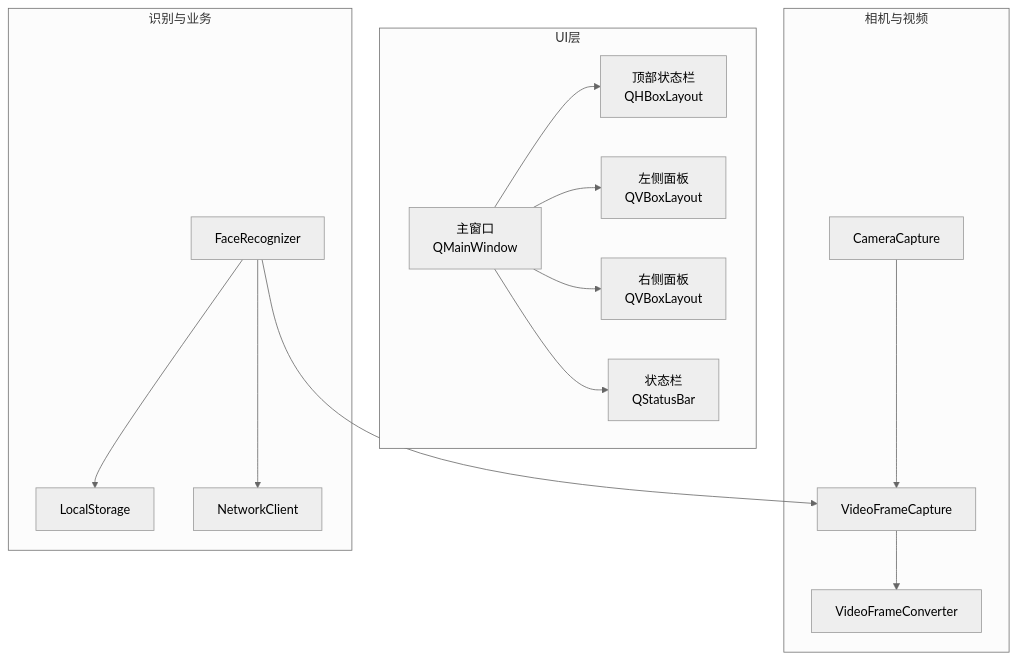
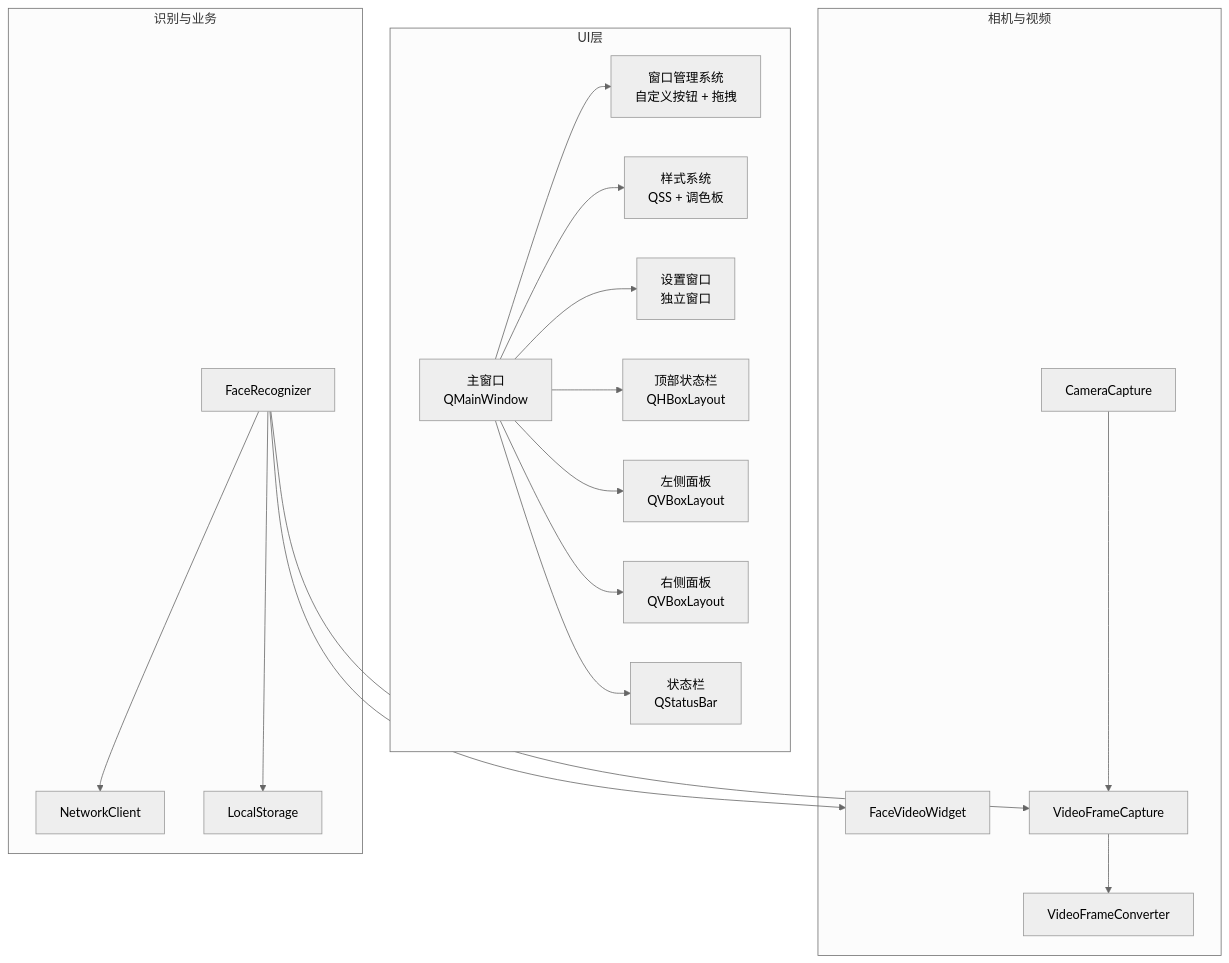
Before and after one commit to HeQiTZD/Triple-terminal-Attendance-Punching-System: the second of 10 diagrams in .qoder/repowiki/zh/content/用户界面设计/用户界面设计.md, drawn with Mermaid (neutral theme). The commit also changed other lines of this file and 70 other files, not shown here.

````diff
--- a/.qoder/repowiki/zh/content/用户界面设计/用户界面设计.md
+++ b/.qoder/repowiki/zh/content/用户界面设计/用户界面设计.md
@@ -111,29 +153,37 @@
 ```mermaid
 graph TB
 subgraph "UI层"
 MW["主窗口<br/>QMainWindow"]
+WM["窗口管理系统<br/>自定义按钮 + 拖拽"]
+SS["样式系统<br/>QSS + 调色板"]
+SW["设置窗口<br/>独立窗口"]
 TL["顶部状态栏<br/>QHBoxLayout"]
 CL["左侧面板<br/>QVBoxLayout"]
 RL["右侧面板<br/>QVBoxLayout"]
 SB["状态栏<br/>QStatusBar"]
 end
 subgraph "相机与视频"
 CC["CameraCapture"]
 VFC["VideoFrameCapture"]
 VFCV["VideoFrameConverter"]
+FW["FaceVideoWidget"]
 end
 subgraph "识别与业务"
 FR["FaceRecognizer"]
 LS["LocalStorage"]
 NC["NetworkClient"]
 end
+MW --> WM
+MW --> SS
+MW --> SW
 MW --> TL
 MW --> CL
 MW --> RL
 MW --> SB
 CC --> VFC
 VFC --> VFCV
 FR --> VFC
+FR --> FW
 FR --> LS
 FR --> NC
 ```
````
